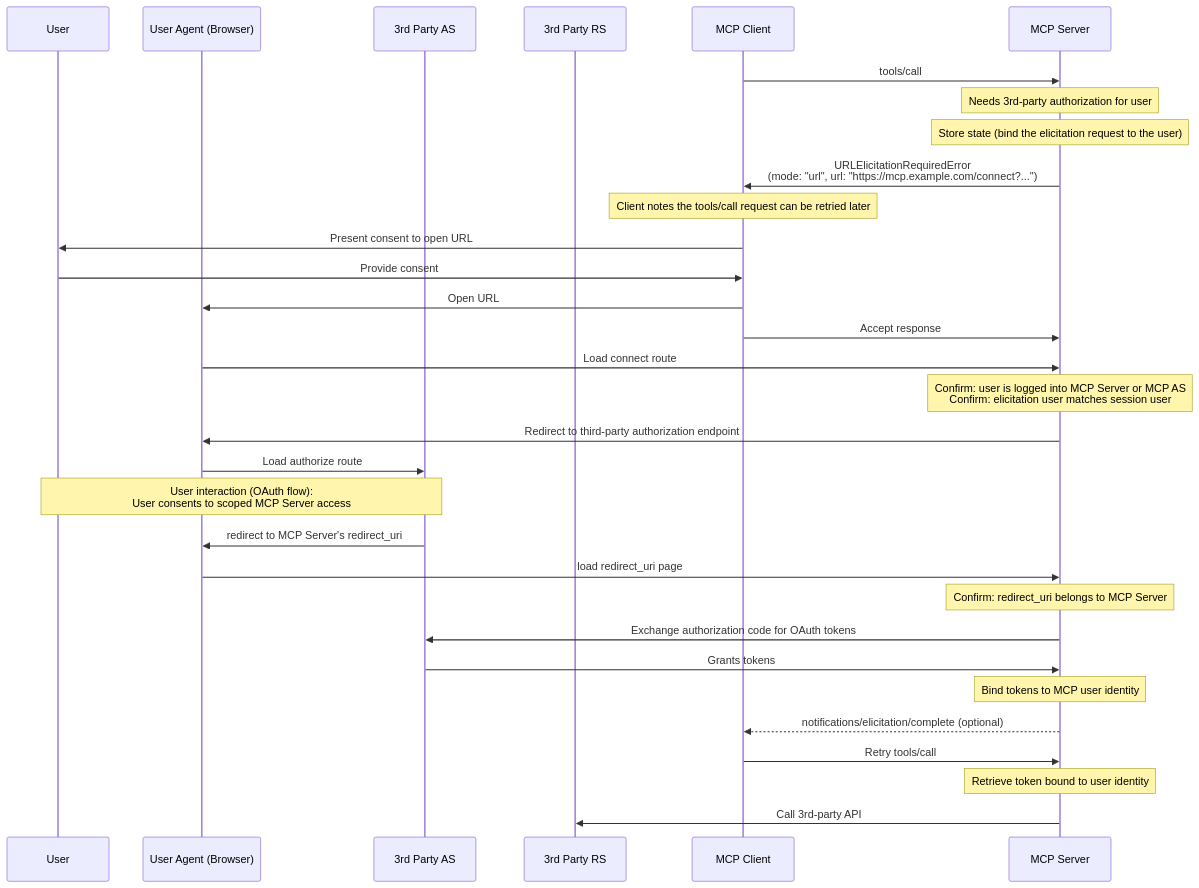
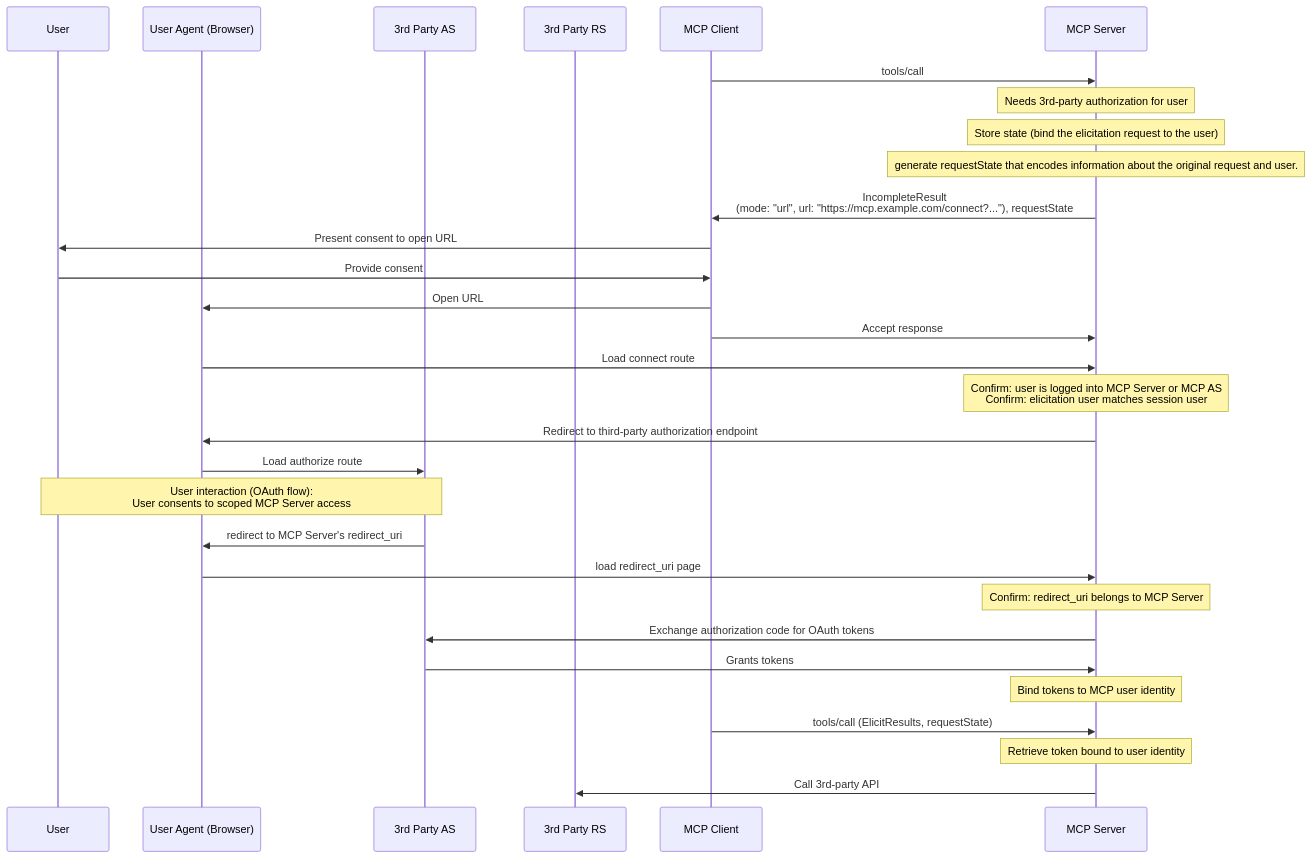
Before and after one commit to modelcontextprotocol/modelcontextprotocol: the third of 3 diagrams in docs/specification/draft/client/elicitation.mdx, drawn with Mermaid. The commit also changed other lines of this file, not shown here.

Commit message:
update URL Mode elicitation flows, remove URLElicitationRequired error.

````diff
--- a/docs/specification/draft/client/elicitation.mdx
+++ b/docs/specification/draft/client/elicitation.mdx
@@ -668,34 +608,35 @@
 ```mermaid
 sequenceDiagram
     participant User
     participant UserAgent as User Agent (Browser)
     participant 3AS as 3rd Party AS
     participant 3RS as 3rd Party RS
     participant Client as MCP Client
     participant Server as MCP Server
 
     Client->>Server: tools/call
     Note over Server: Needs 3rd-party authorization for user
     Note over Server: Store state (bind the elicitation request to the user)
-    Server->>Client: URLElicitationRequiredError<br> (mode: "url", url: "https://mcp.example.com/connect?...")
-    Note over Client: Client notes the tools/call request can be retried later
+    Note over Server: generate requestState that encodes information about the original request and user.
+    Server->>Client: IncompleteResult<br/>(mode: "url", url: "https://mcp.example.com/connect?..."), requestState
+
     Client->>User: Present consent to open URL
     User->>Client: Provide consent
     Client->>UserAgent: Open URL
     Client->>Server: Accept response
     UserAgent->>Server: Load connect route
+
     Note over Server: Confirm: user is logged into MCP Server or MCP AS<br>Confirm: elicitation user matches session user
     Server->>UserAgent: Redirect to third-party authorization endpoint
     UserAgent->>3AS: Load authorize route
     Note over 3AS,User: User interaction (OAuth flow):<br>User consents to scoped MCP Server access
     3AS->>UserAgent: redirect to MCP Server's redirect_uri
     UserAgent->>Server: load redirect_uri page
     Note over Server: Confirm: redirect_uri belongs to MCP Server
     Server->>3AS: Exchange authorization code for  OAuth tokens
     3AS->>Server: Grants tokens
     Note over Server: Bind tokens to MCP user identity
-    Server-->>Client: notifications/elicitation/complete (optional)
-    Client->>Server: Retry tools/call
+    Client->>Server: tools/call (ElicitResults, requestState)
     Note over Server: Retrieve token bound to user identity
     Server->>3RS: Call 3rd-party API
 ```
````
